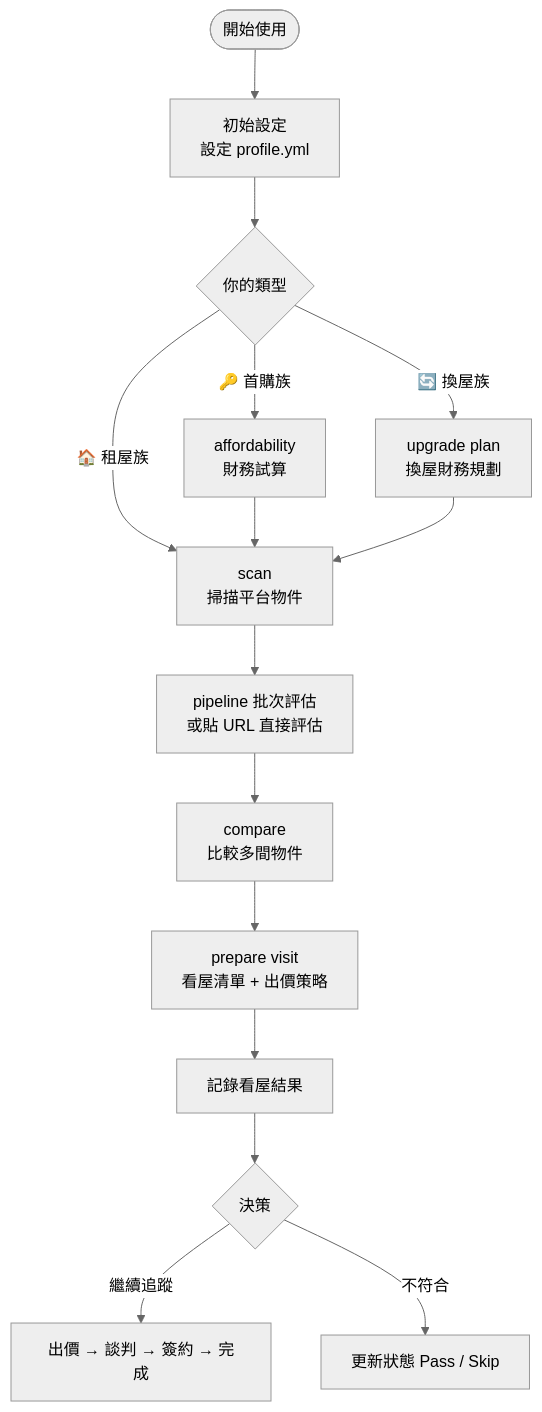
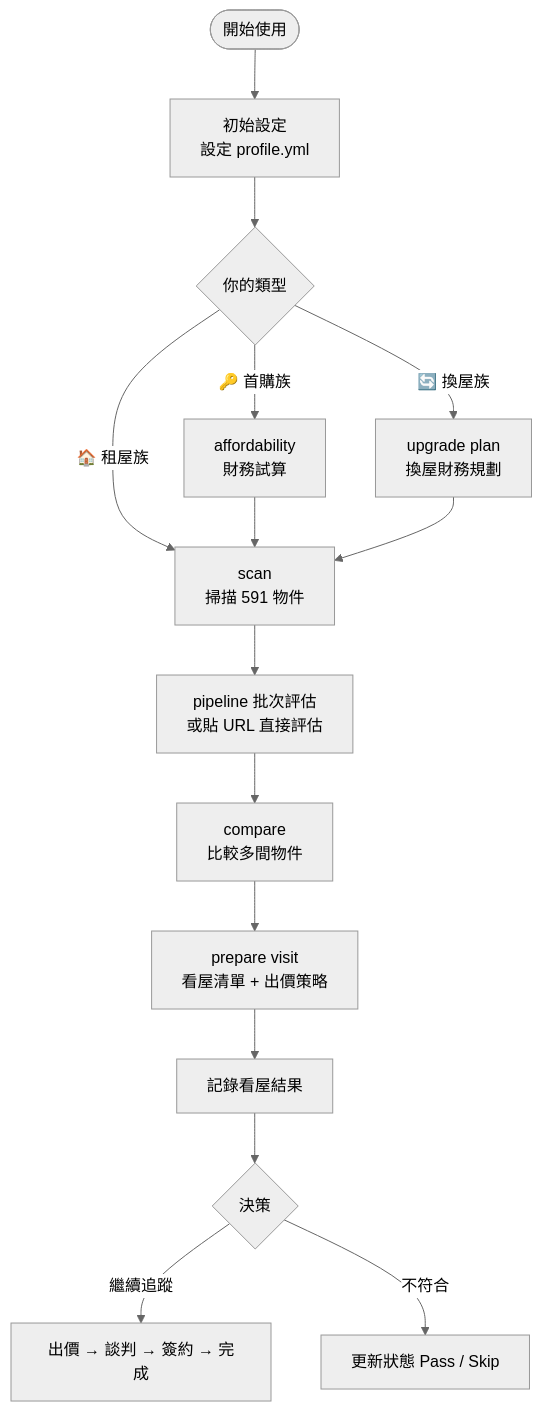
The first of 7 diagrams in TUTORIAL.md (Kaminoikari/house-ops), drawn with Mermaid (neutral theme) before and after one commit. The commit also changed other lines of this file and 8 other files, not shown here.

````diff
--- a/TUTORIAL.md
+++ b/TUTORIAL.md
@@ -17,21 +17,21 @@
 ```mermaid
 flowchart TD
     Start([開始使用]) --> OB[初始設定\n設定 profile.yml]
     OB --> Type{你的類型}
 
     Type -->|🏠 租屋族| R_Scan
     Type -->|🔑 首購族| FB_Afford[affordability\n財務試算]
     Type -->|🔄 換屋族| UG_Switch[upgrade plan\n換屋財務規劃]
 
-    FB_Afford --> R_Scan[scan\n掃描平台物件]
+    FB_Afford --> R_Scan[scan\n掃描 591 物件]
     UG_Switch --> R_Scan
 
     R_Scan --> Pipeline[pipeline 批次評估\n或貼 URL 直接評估]
     Pipeline --> Compare[compare\n比較多間物件]
     Compare --> Visit[prepare visit\n看屋清單 + 出價策略]
     Visit --> PostVisit[記錄看屋結果]
     PostVisit --> Decision{決策}
 
     Decision -->|繼續追蹤| Offer[出價 → 談判 → 簽約 → 完成]
     Decision -->|不符合| End[更新狀態 Pass / Skip]
 ```
````
